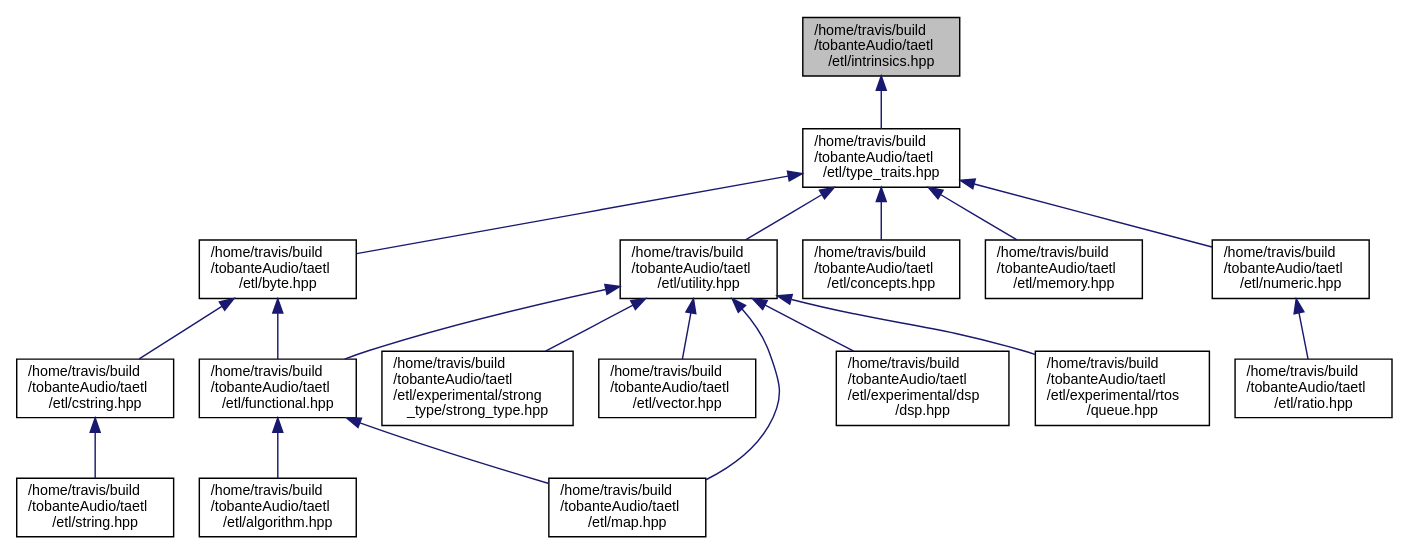
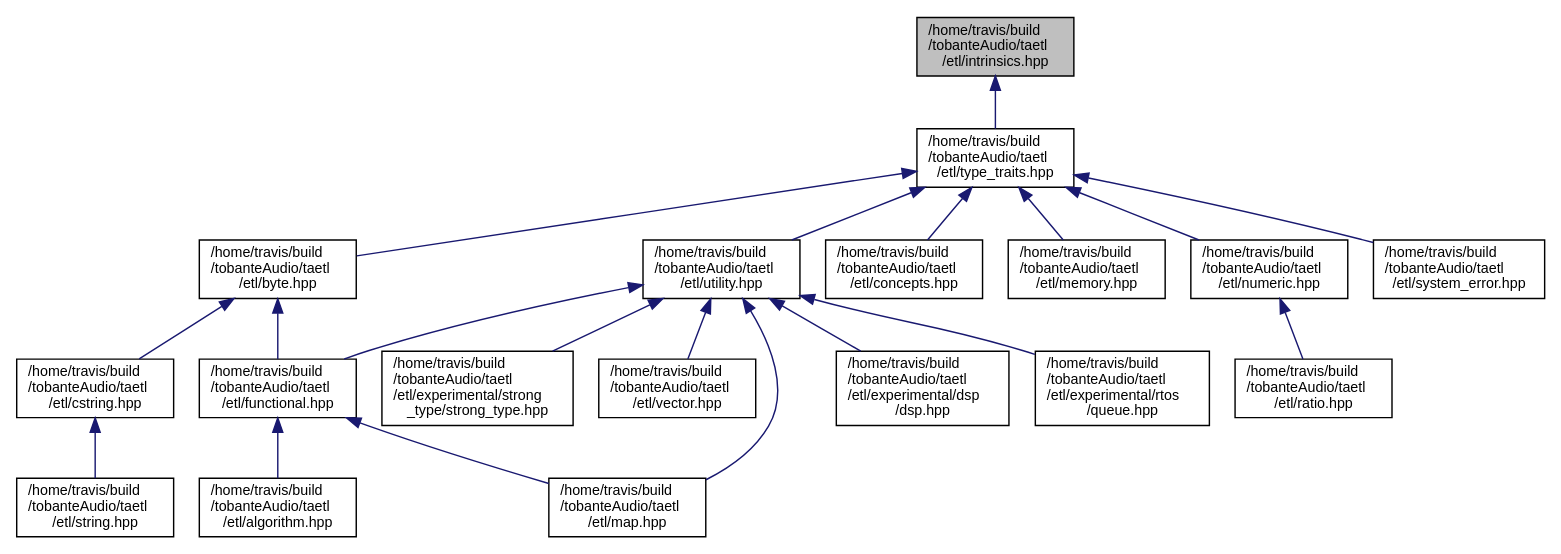
One commit to tobanteAudio/taetl changed the diagram in intrinsics_8hpp__dep__incl.dot. Above: the diagram before and after it, drawn with Graphviz. The commit also changed 97 other files, not shown here.

Commit message:
Deploy tobanteAudio/taetl to github.com/tobanteAudio/taetl.git:gh-pages

```diff
--- a/intrinsics_8hpp__dep__incl.dot
+++ b/intrinsics_8hpp__dep__incl.dot
@@ -1,40 +1,42 @@
 digraph "/home/travis/build/tobanteAudio/taetl/etl/intrinsics.hpp"
 {
   edge [fontname="Helvetica",fontsize="10",labelfontname="Helvetica",labelfontsize="10"];
   node [fontname="Helvetica",fontsize="10",shape=record];
   Node1 [label="/home/travis/build\l/tobanteAudio/taetl\l/etl/intrinsics.hpp",height=0.2,width=0.4,color="black", fillcolor="grey75", style="filled", fontcolor="black"];
   Node1 -> Node2 [dir="back",color="midnightblue",fontsize="10",style="solid",fontname="Helvetica"];
   Node2 [label="/home/travis/build\l/tobanteAudio/taetl\l/etl/type_traits.hpp",height=0.2,width=0.4,color="black", fillcolor="white", style="filled",URL="$type__traits_8hpp.html"];
   Node2 -> Node3 [dir="back",color="midnightblue",fontsize="10",style="solid",fontname="Helvetica"];
   Node3 [label="/home/travis/build\l/tobanteAudio/taetl\l/etl/byte.hpp",height=0.2,width=0.4,color="black", fillcolor="white", style="filled",URL="$byte_8hpp.html"];
   Node3 -> Node4 [dir="back",color="midnightblue",fontsize="10",style="solid",fontname="Helvetica"];
   Node4 [label="/home/travis/build\l/tobanteAudio/taetl\l/etl/functional.hpp",height=0.2,width=0.4,color="black", fillcolor="white", style="filled",URL="$functional_8hpp.html"];
   Node4 -> Node5 [dir="back",color="midnightblue",fontsize="10",style="solid",fontname="Helvetica"];
   Node5 [label="/home/travis/build\l/tobanteAudio/taetl\l/etl/algorithm.hpp",height=0.2,width=0.4,color="black", fillcolor="white", style="filled",URL="$algorithm_8hpp.html"];
   Node4 -> Node6 [dir="back",color="midnightblue",fontsize="10",style="solid",fontname="Helvetica"];
   Node6 [label="/home/travis/build\l/tobanteAudio/taetl\l/etl/map.hpp",height=0.2,width=0.4,color="black", fillcolor="white", style="filled",URL="$map_8hpp.html"];
   Node3 -> Node7 [dir="back",color="midnightblue",fontsize="10",style="solid",fontname="Helvetica"];
   Node7 [label="/home/travis/build\l/tobanteAudio/taetl\l/etl/cstring.hpp",height=0.2,width=0.4,color="black", fillcolor="white", style="filled",URL="$cstring_8hpp.html"];
   Node7 -> Node8 [dir="back",color="midnightblue",fontsize="10",style="solid",fontname="Helvetica"];
   Node8 [label="/home/travis/build\l/tobanteAudio/taetl\l/etl/string.hpp",height=0.2,width=0.4,color="black", fillcolor="white", style="filled",URL="$string_8hpp.html"];
   Node2 -> Node9 [dir="back",color="midnightblue",fontsize="10",style="solid",fontname="Helvetica"];
   Node9 [label="/home/travis/build\l/tobanteAudio/taetl\l/etl/utility.hpp",height=0.2,width=0.4,color="black", fillcolor="white", style="filled",URL="$utility_8hpp.html"];
   Node9 -> Node4 [dir="back",color="midnightblue",fontsize="10",style="solid",fontname="Helvetica"];
   Node9 -> Node10 [dir="back",color="midnightblue",fontsize="10",style="solid",fontname="Helvetica"];
   Node10 [label="/home/travis/build\l/tobanteAudio/taetl\l/etl/experimental/dsp\l/dsp.hpp",height=0.2,width=0.4,color="black", fillcolor="white", style="filled",URL="$dsp_8hpp.html"];
   Node9 -> Node11 [dir="back",color="midnightblue",fontsize="10",style="solid",fontname="Helvetica"];
   Node11 [label="/home/travis/build\l/tobanteAudio/taetl\l/etl/experimental/rtos\l/queue.hpp",height=0.2,width=0.4,color="black", fillcolor="white", style="filled",URL="$queue_8hpp.html"];
   Node9 -> Node12 [dir="back",color="midnightblue",fontsize="10",style="solid",fontname="Helvetica"];
   Node12 [label="/home/travis/build\l/tobanteAudio/taetl\l/etl/experimental/strong\l_type/strong_type.hpp",height=0.2,width=0.4,color="black", fillcolor="white", style="filled",URL="$strong__type_8hpp.html"];
   Node9 -> Node6 [dir="back",color="midnightblue",fontsize="10",style="solid",fontname="Helvetica"];
   Node9 -> Node13 [dir="back",color="midnightblue",fontsize="10",style="solid",fontname="Helvetica"];
   Node13 [label="/home/travis/build\l/tobanteAudio/taetl\l/etl/vector.hpp",height=0.2,width=0.4,color="black", fillcolor="white", style="filled",URL="$vector_8hpp.html"];
   Node2 -> Node14 [dir="back",color="midnightblue",fontsize="10",style="solid",fontname="Helvetica"];
   Node14 [label="/home/travis/build\l/tobanteAudio/taetl\l/etl/concepts.hpp",height=0.2,width=0.4,color="black", fillcolor="white", style="filled",URL="$concepts_8hpp.html"];
   Node2 -> Node15 [dir="back",color="midnightblue",fontsize="10",style="solid",fontname="Helvetica"];
   Node15 [label="/home/travis/build\l/tobanteAudio/taetl\l/etl/memory.hpp",height=0.2,width=0.4,color="black", fillcolor="white", style="filled",URL="$memory_8hpp.html"];
   Node2 -> Node16 [dir="back",color="midnightblue",fontsize="10",style="solid",fontname="Helvetica"];
   Node16 [label="/home/travis/build\l/tobanteAudio/taetl\l/etl/numeric.hpp",height=0.2,width=0.4,color="black", fillcolor="white", style="filled",URL="$numeric_8hpp.html"];
   Node16 -> Node17 [dir="back",color="midnightblue",fontsize="10",style="solid",fontname="Helvetica"];
   Node17 [label="/home/travis/build\l/tobanteAudio/taetl\l/etl/ratio.hpp",height=0.2,width=0.4,color="black", fillcolor="white", style="filled",URL="$ratio_8hpp.html"];
+  Node2 -> Node18 [dir="back",color="midnightblue",fontsize="10",style="solid",fontname="Helvetica"];
+  Node18 [label="/home/travis/build\l/tobanteAudio/taetl\l/etl/system_error.hpp",height=0.2,width=0.4,color="black", fillcolor="white", style="filled",URL="$system__error_8hpp.html"];
 }
```
